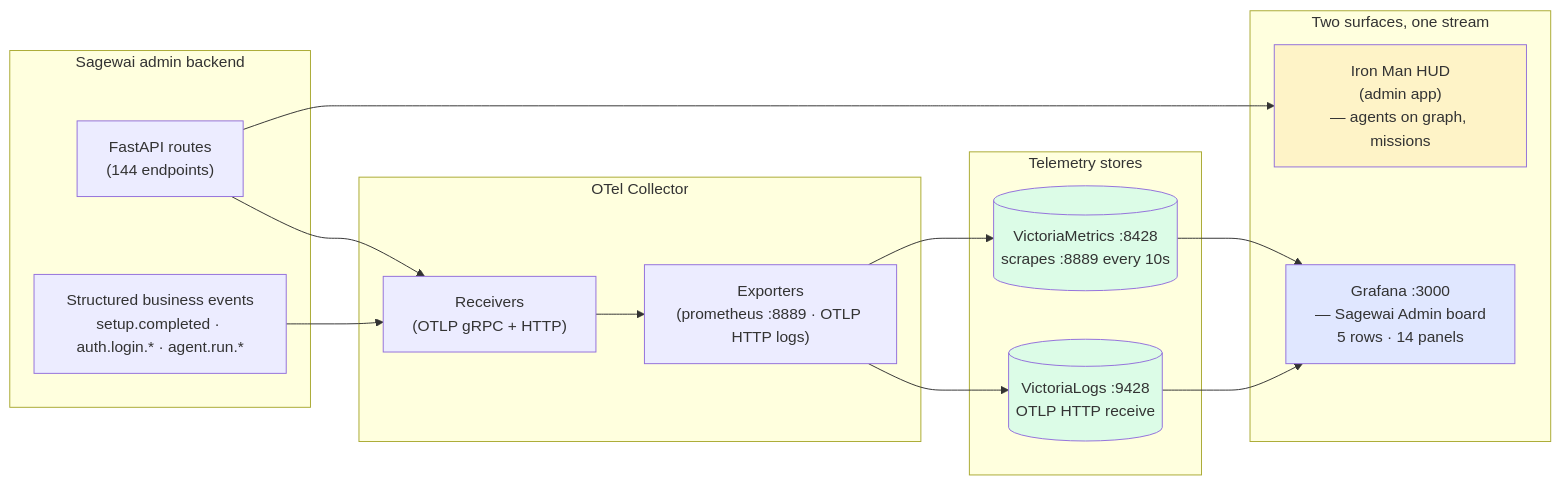
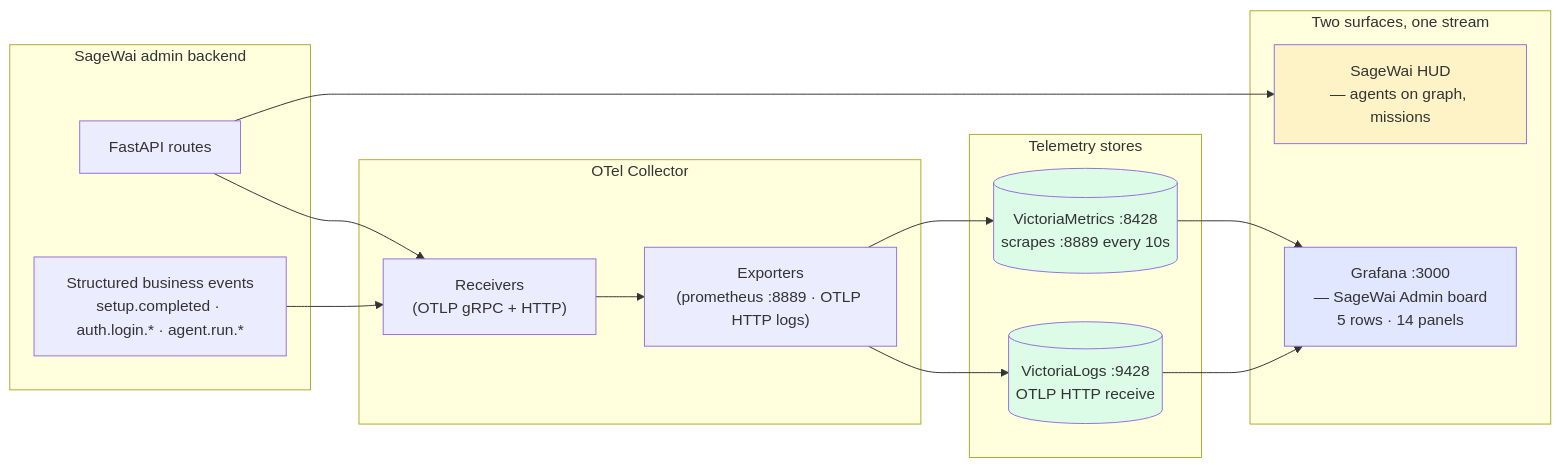
Before and after one commit to sagewai/platform: the diagram in apps/docs/app/docs/lighthouse/observability-and-cost/page.mdx, drawn with Mermaid. The commit also changed other lines of this file and 11 other files, not shown here.

````diff
--- a/apps/docs/app/docs/lighthouse/observability-and-cost/page.mdx
+++ b/apps/docs/app/docs/lighthouse/observability-and-cost/page.mdx
@@ -24,36 +21,36 @@
 ```mermaid
 flowchart LR
-    subgraph App["Sagewai admin backend"]
-        Routes["FastAPI routes<br/>(144 endpoints)"]
+    subgraph App["SageWai admin backend"]
+        Routes["FastAPI routes"]
         Events["Structured business events<br/>setup.completed · auth.login.* · agent.run.*"]
     end
 
     subgraph Collector["OTel Collector"]
         OR["Receivers<br/>(OTLP gRPC + HTTP)"]
         OE["Exporters<br/>(prometheus :8889 · OTLP HTTP logs)"]
     end
 
     subgraph Stores["Telemetry stores"]
         VM[("VictoriaMetrics :8428<br/>scrapes :8889 every 10s")]
         VL[("VictoriaLogs :9428<br/>OTLP HTTP receive")]
     end
 
     subgraph Dashboards["Two surfaces, one stream"]
-        HUD["Iron Man HUD<br/>(admin app)<br/>— agents on graph, missions"]
-        Grafana["Grafana :3000<br/>— Sagewai Admin board<br/>5 rows · 14 panels"]
+        HUD["SageWai HUD<br/>— agents on graph, missions"]
+        Grafana["Grafana :3000<br/>— SageWai Admin board<br/>5 rows · 14 panels"]
     end
 
     Routes --> OR
     Events --> OR
     OR --> OE
     OE --> VM
     OE --> VL
     VM --> Grafana
     VL --> Grafana
     Routes --> HUD
 
     style HUD fill:#fef3c7
     style Grafana fill:#e0e7ff
     style VM fill:#dcfce7
     style VL fill:#dcfce7
 ```
````
